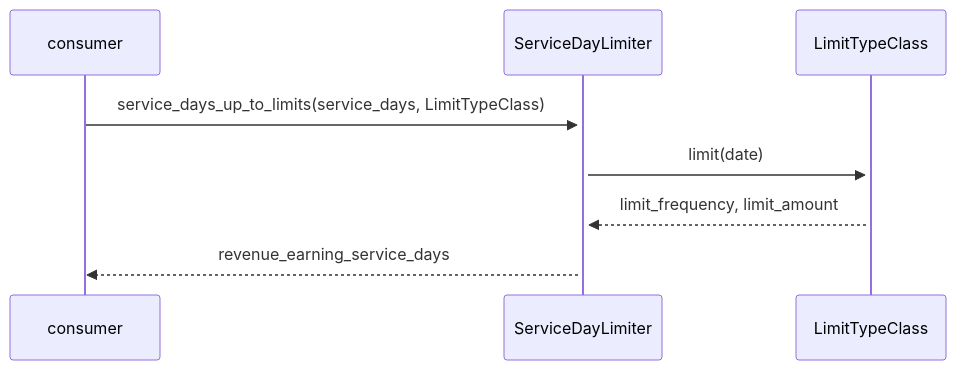
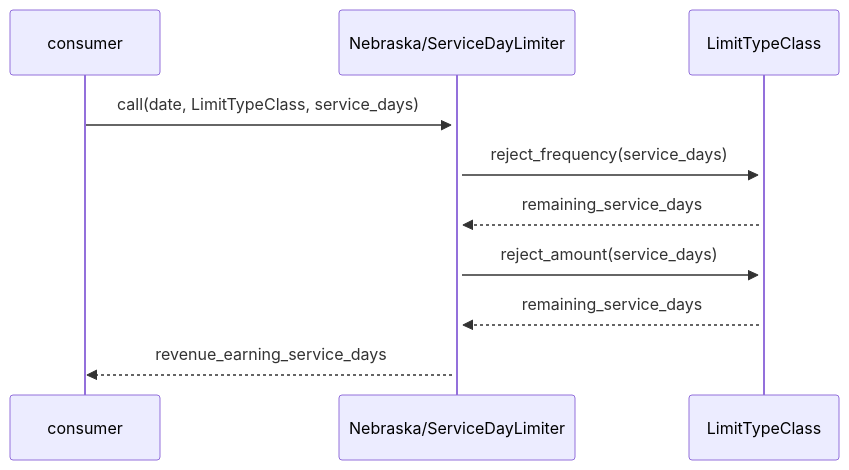
Before and after one commit to pieforproviders/pieforproviders: the diagram in docs/diagrams/nebraska/service_day_limiter/sequence.mmd, drawn with Mermaid. The commit also changed 9 other files, not shown here.

Commit message:
Adds Nebraska Limit table and Absence inherited limit

```diff
--- a/docs/diagrams/nebraska/service_day_limiter/sequence.mmd
+++ b/docs/diagrams/nebraska/service_day_limiter/sequence.mmd
@@ -1,7 +1,11 @@
 sequenceDiagram
     %% Diagram for requesting limits
 
-    consumer->>+ServiceDayLimiter: service_days_up_to_limits(service_days, LimitTypeClass)
-    ServiceDayLimiter->>+LimitTypeClass: limit(date)
-    LimitTypeClass-->>ServiceDayLimiter: limit_frequency, limit_amount
-    ServiceDayLimiter-->>consumer: revenue_earning_service_days
+    consumer->>+Nebraska/ServiceDayLimiter: call(date, LimitTypeClass, service_days)
+    %% tosses out any service_days outside the limit's frequency (monthly, case period)
+    Nebraska/ServiceDayLimiter->>+LimitTypeClass: reject_frequency(service_days)
+    LimitTypeClass-->>Nebraska/ServiceDayLimiter: remaining_service_days
+    %% tosses out any service_days outside the limit's amount (5 per frequency, etc)
+    Nebraska/ServiceDayLimiter->>+LimitTypeClass: reject_amount(service_days)
+    LimitTypeClass-->>Nebraska/ServiceDayLimiter: remaining_service_days
+    Nebraska/ServiceDayLimiter-->>consumer: revenue_earning_service_days
```
